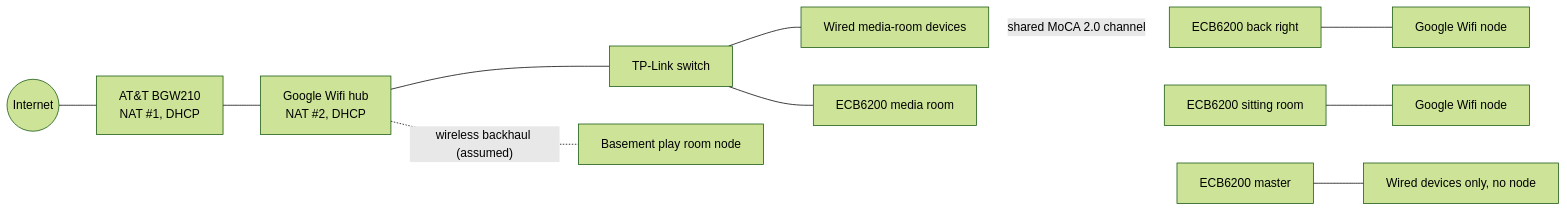
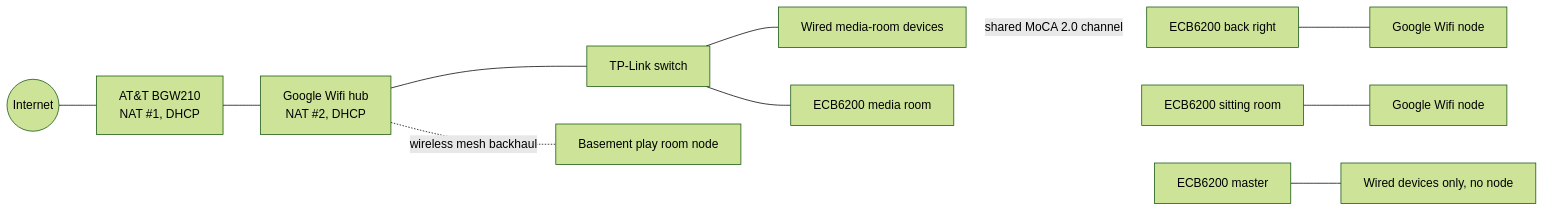
The third of 3 diagrams in docs/01-as-found.md (CosmicCEO/home-network-playbook), drawn with Mermaid (forest theme) before and after one commit. The commit also changed other lines of this file and 1 other file, not shown here.

First line of the commit message:
Confirm basement play room node uses wireless mesh backhaul

````diff
--- a/docs/01-as-found.md
+++ b/docs/01-as-found.md
@@ -128,15 +128,15 @@
 ```mermaid
 flowchart LR
     INET((Internet)) --- BGW["AT&T BGW210<br/>NAT #1, DHCP"]
     BGW --- HUB["Google Wifi hub<br/>NAT #2, DHCP"]
     HUB --- SW[TP-Link switch]
     SW --- WIRED[Wired media-room devices]
     SW --- MC0[ECB6200 media room]
     MC0 ~~~|"shared MoCA 2.0 channel"| MC1[ECB6200 back right]
     MC0 ~~~ MC2[ECB6200 sitting room]
     MC0 ~~~ MC3[ECB6200 master]
     MC1 --- N1[Google Wifi node]
     MC2 --- N2[Google Wifi node]
     MC3 --- WD3[Wired devices only, no node]
-    HUB -. "wireless backhaul (assumed)" .- N4[Basement play room node]
+    HUB -. "wireless mesh backhaul" .- N4[Basement play room node]
 ```
````
